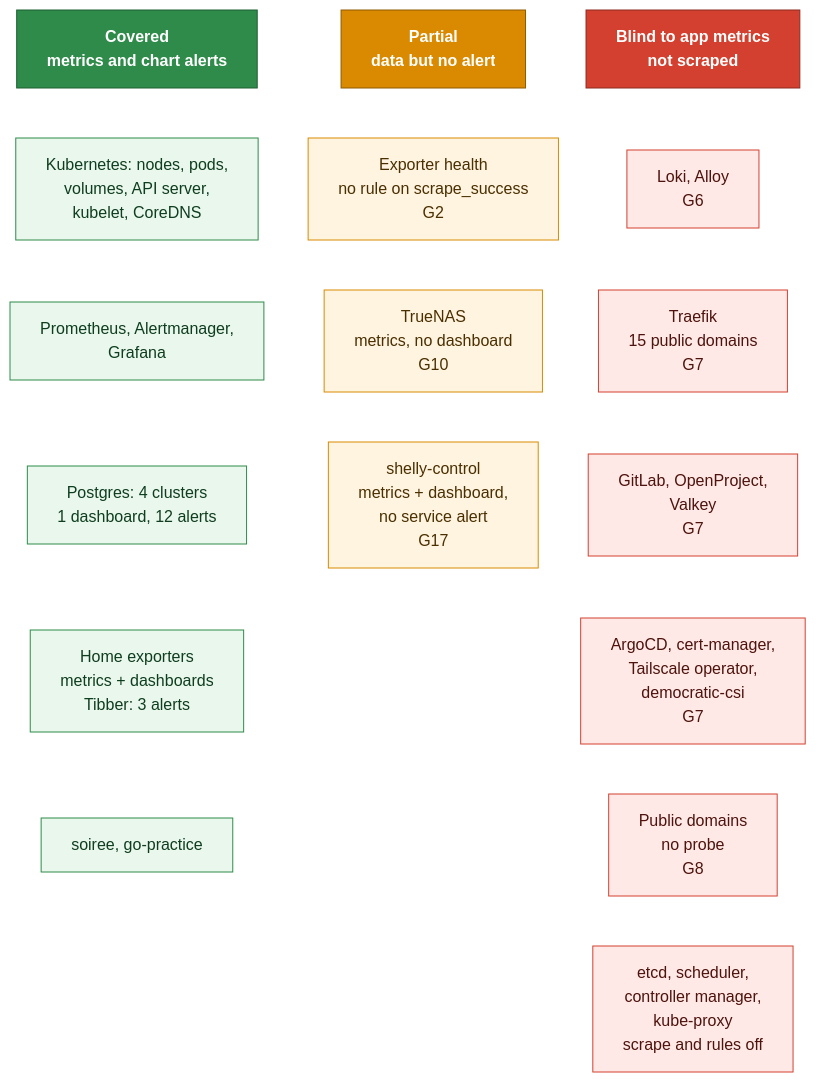
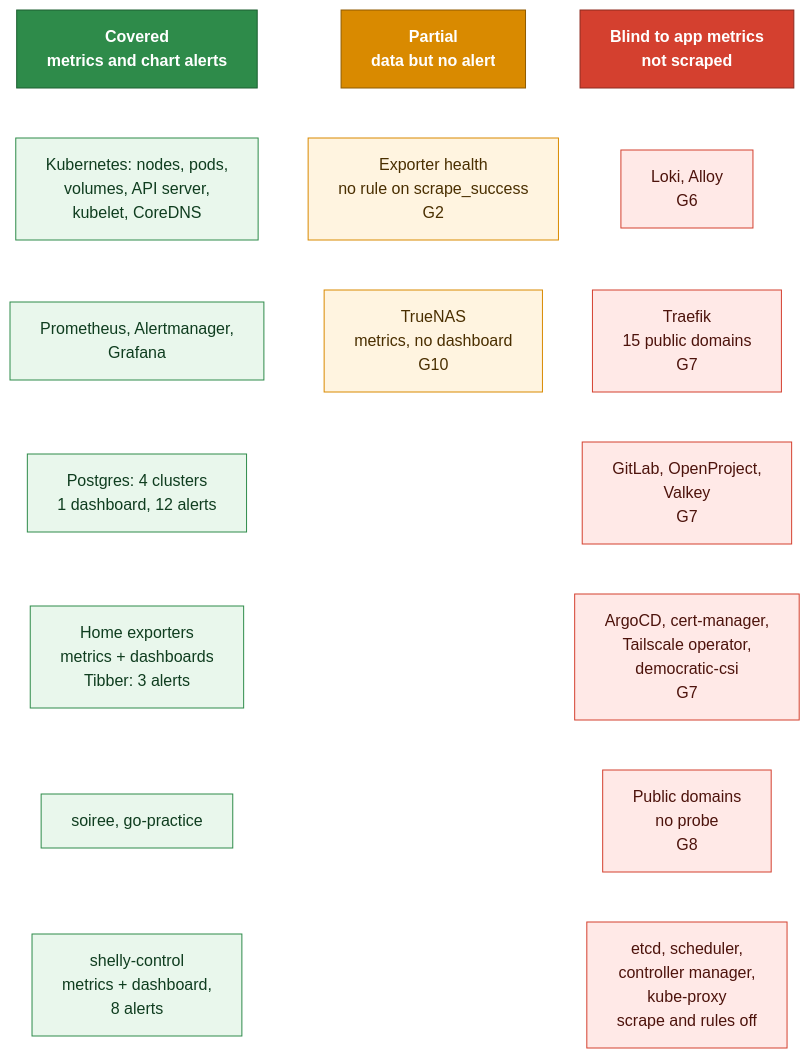
Before and after one commit to Yornik/sharkshere-gitops: the third of 3 diagrams in docs/tech/monitoring.md, drawn with Mermaid (forest theme). The commit also changed other lines of this file and 4 other files, not shown here.

First line of the commit message:
feat(shelly-control): 8 alerts for the boiler control (gap G17)

````diff
--- a/docs/tech/monitoring.md
+++ b/docs/tech/monitoring.md
@@ -419,40 +429,40 @@
 ```mermaid
 flowchart TB
   classDef okh fill:#2e8b4a,stroke:#1d5e31,color:#ffffff,font-weight:bold
   classDef parth fill:#d98a00,stroke:#8f5b00,color:#ffffff,font-weight:bold
   classDef noneh fill:#d4402f,stroke:#8d2a1e,color:#ffffff,font-weight:bold
   classDef ok fill:#e9f7ec,stroke:#2e8b4a,color:#0f3d1f
   classDef part fill:#fff4e0,stroke:#d98a00,color:#4a2f00
   classDef none fill:#ffe9e7,stroke:#d4402f,color:#4d130c
 
   H1["Covered<br/>metrics and chart alerts"]
   A1["Kubernetes: nodes, pods,<br/>volumes, API server,<br/>kubelet, CoreDNS"]
   A2["Prometheus, Alertmanager,<br/>Grafana"]
   A3["Postgres: 4 clusters<br/>1 dashboard, 12 alerts"]
   A4["Home exporters<br/>metrics + dashboards<br/>Tibber: 3 alerts"]
   A5["soiree, go-practice"]
+  A6["shelly-control<br/>metrics + dashboard,<br/>8 alerts"]
 
   H2["Partial<br/>data but no alert"]
   B1["Exporter health<br/>no rule on scrape_success<br/>G2"]
   B3["TrueNAS<br/>metrics, no dashboard<br/>G10"]
-  B4["shelly-control<br/>metrics + dashboard,<br/>no service alert<br/>G17"]
 
   H3["Blind to app metrics<br/>not scraped"]
   C1["Loki, Alloy<br/>G6"]
   C2["Traefik<br/>15 public domains<br/>G7"]
   C3["GitLab, OpenProject,<br/>Valkey<br/>G7"]
   C4["ArgoCD, cert-manager,<br/>Tailscale operator,<br/>democratic-csi<br/>G7"]
   C5["Public domains<br/>no probe<br/>G8"]
   C6["etcd, scheduler,<br/>controller manager,<br/>kube-proxy<br/>scrape and rules off"]
 
-  H1 ~~~ A1 ~~~ A2 ~~~ A3 ~~~ A4 ~~~ A5
-  H2 ~~~ B1 ~~~ B3 ~~~ B4
+  H1 ~~~ A1 ~~~ A2 ~~~ A3 ~~~ A4 ~~~ A5 ~~~ A6
+  H2 ~~~ B1 ~~~ B3
   H3 ~~~ C1 ~~~ C2 ~~~ C3 ~~~ C4 ~~~ C5 ~~~ C6
 
   class H1 okh
   class H2 parth
   class H3 noneh
-  class A1,A2,A3,A4,A5 ok
-  class B1,B3,B4 part
+  class A1,A2,A3,A4,A5,A6 ok
+  class B1,B3 part
   class C1,C2,C3,C4,C5,C6 none
 ```
````
